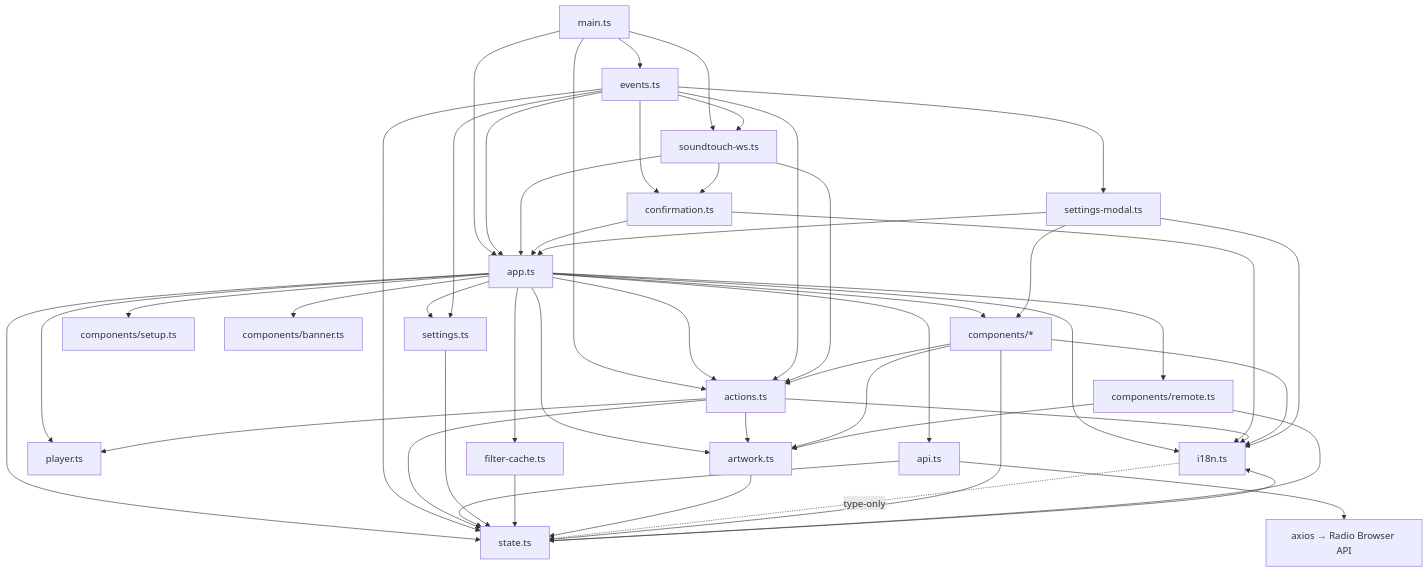
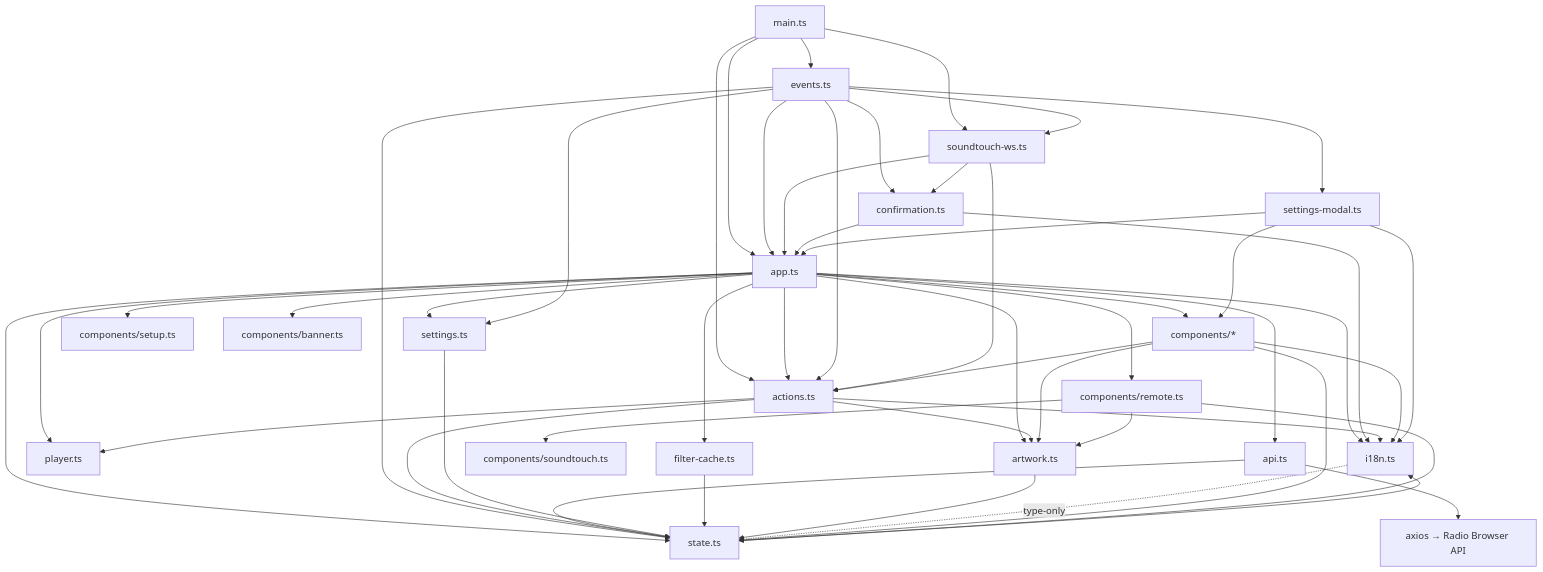
The diagram in ARCHITECTURE.md (Makatumba/after-touch-radio-browser), drawn with Mermaid before and after one commit. The commit also changed 4 other files, not shown here.

````diff
--- a/ARCHITECTURE.md
+++ b/ARCHITECTURE.md
@@ -89,51 +89,52 @@
 ```mermaid
 graph TD
     MAIN[main.ts] --> APP[app.ts]
     MAIN --> EVT[events.ts]
     MAIN --> ACT[actions.ts]
     MAIN --> WS[soundtouch-ws.ts]
     APP --> I18N[i18n.ts]
     APP --> ST[state.ts]
     APP --> PL[player.ts]
     APP --> API[api.ts]
     APP --> SET[settings.ts]
     APP --> FCACHE[filter-cache.ts]
     APP --> ART[artwork.ts]
     APP --> COMP[components/*]
     APP --> SETUP[components/setup.ts]
     APP --> BANNER[components/banner.ts]
     APP --> ACT
     APP --> REMOTE[components/remote.ts]
     EVT --> APP
     EVT --> ACT
     EVT --> SET
     EVT --> ST
     EVT --> WS
     WS --> APP
     WS --> ACT
     EVT --> CONF[confirmation.ts]
     WS --> CONF
     CONF --> APP
     CONF --> I18N
     ACT --> ST
     ACT --> I18N
     ACT --> PL
     ACT --> ART
     API --> ST
     API --> AXIOS[axios → Radio Browser API]
     SET --> ST
     FCACHE --> ST
     ART --> ST
     ST --> I18N
     I18N -.-> |type-only| ST
     COMP --> ST
     COMP --> I18N
     COMP --> ACT
     COMP --> ART
     REMOTE --> ST
     REMOTE --> ART
+    REMOTE --> STC[components/soundtouch.ts]
     EVT --> SM[settings-modal.ts]
     SM --> APP
     SM --> I18N
     SM --> COMP
 ```
````
